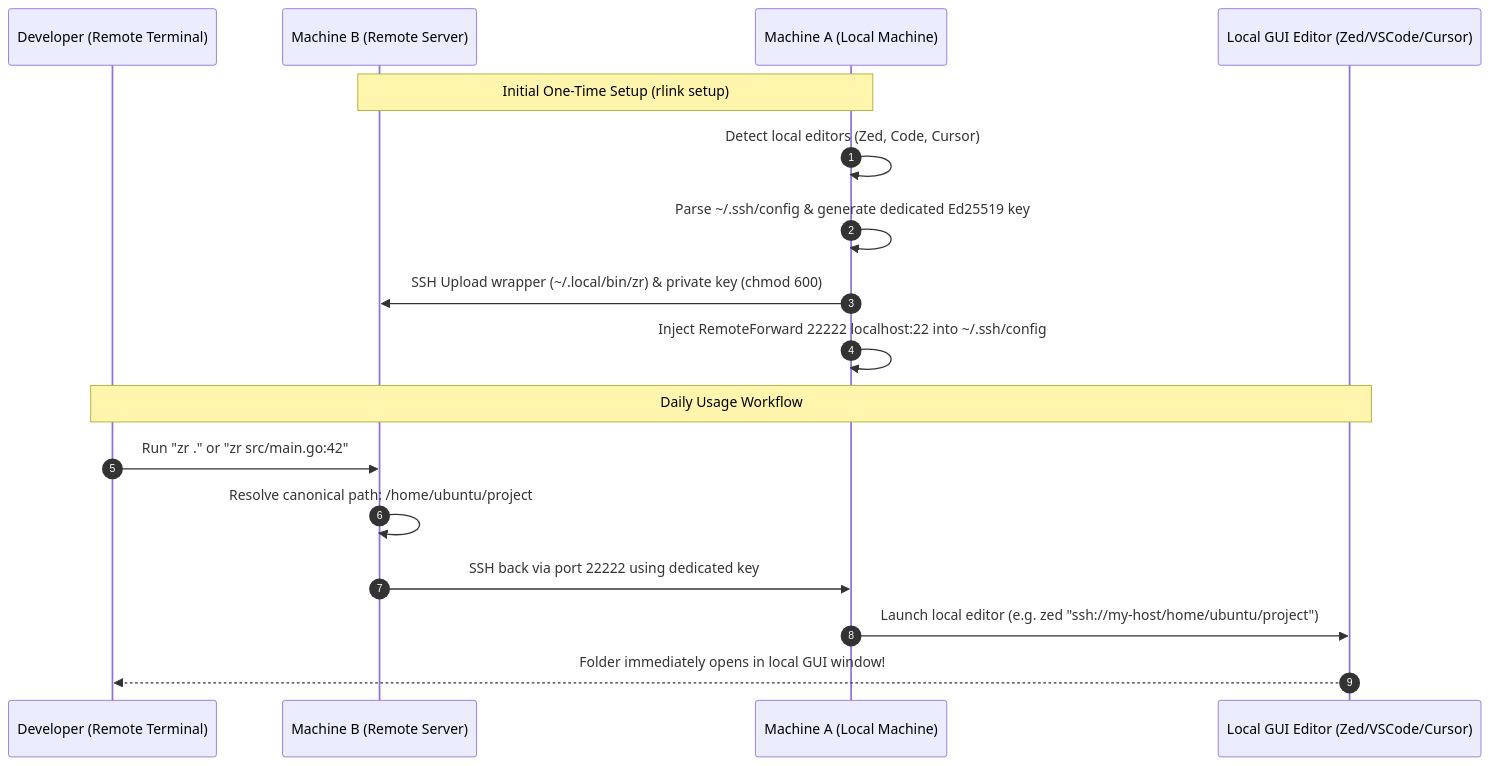
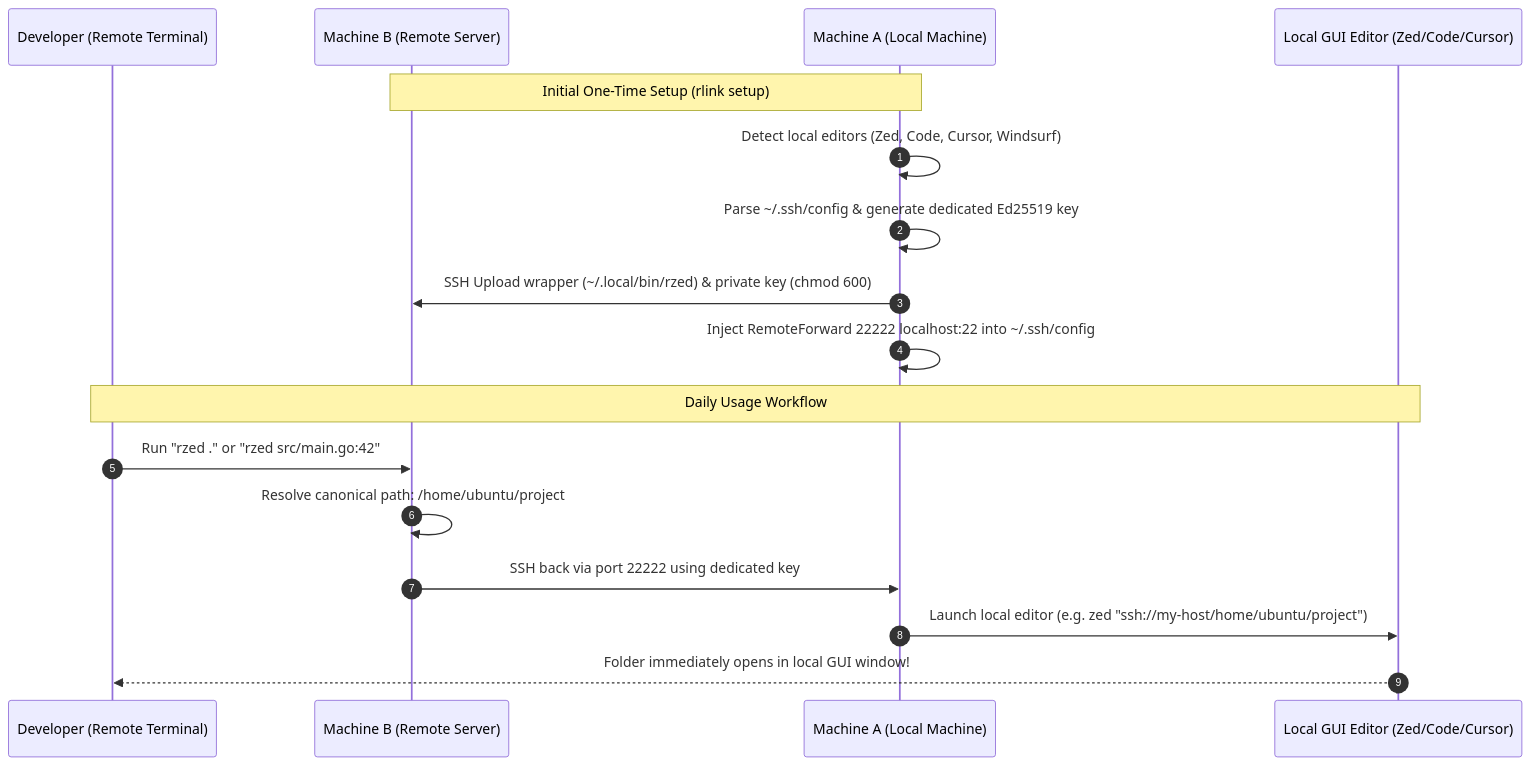
The diagram in README.md (quaywin/rlink), drawn with Mermaid before and after one commit. The commit also changed other lines of this file and 5 other files, not shown here.

Commit message:
feat: adopt r<editor> naming convention and support 6 popular GUI editors

````diff
--- a/README.md
+++ b/README.md
@@ -22,21 +22,21 @@
 ```mermaid
 sequenceDiagram
     autonumber
     participant Dev as Developer (Remote Terminal)
     participant B as Machine B (Remote Server)
     participant A as Machine A (Local Machine)
-    participant GUI as Local GUI Editor (Zed/VSCode/Cursor)
+    participant GUI as Local GUI Editor (Zed/Code/Cursor)
 
     Note over A,B: Initial One-Time Setup (rlink setup)
-    A->>A: Detect local editors (Zed, Code, Cursor)
+    A->>A: Detect local editors (Zed, Code, Cursor, Windsurf)
     A->>A: Parse ~/.ssh/config & generate dedicated Ed25519 key
-    A->>B: SSH Upload wrapper (~/.local/bin/zr) & private key (chmod 600)
+    A->>B: SSH Upload wrapper (~/.local/bin/rzed) & private key (chmod 600)
     A->>A: Inject RemoteForward 22222 localhost:22 into ~/.ssh/config
 
     Note over Dev,GUI: Daily Usage Workflow
-    Dev->>B: Run "zr ." or "zr src/main.go:42"
+    Dev->>B: Run "rzed ." or "rzed src/main.go:42"
     B->>B: Resolve canonical path: /home/ubuntu/project
     B->>A: SSH back via port 22222 using dedicated key
     A->>GUI: Launch local editor (e.g. zed "ssh://my-host/home/ubuntu/project")
     GUI-->>Dev: Folder immediately opens in local GUI window!
 ```
````
